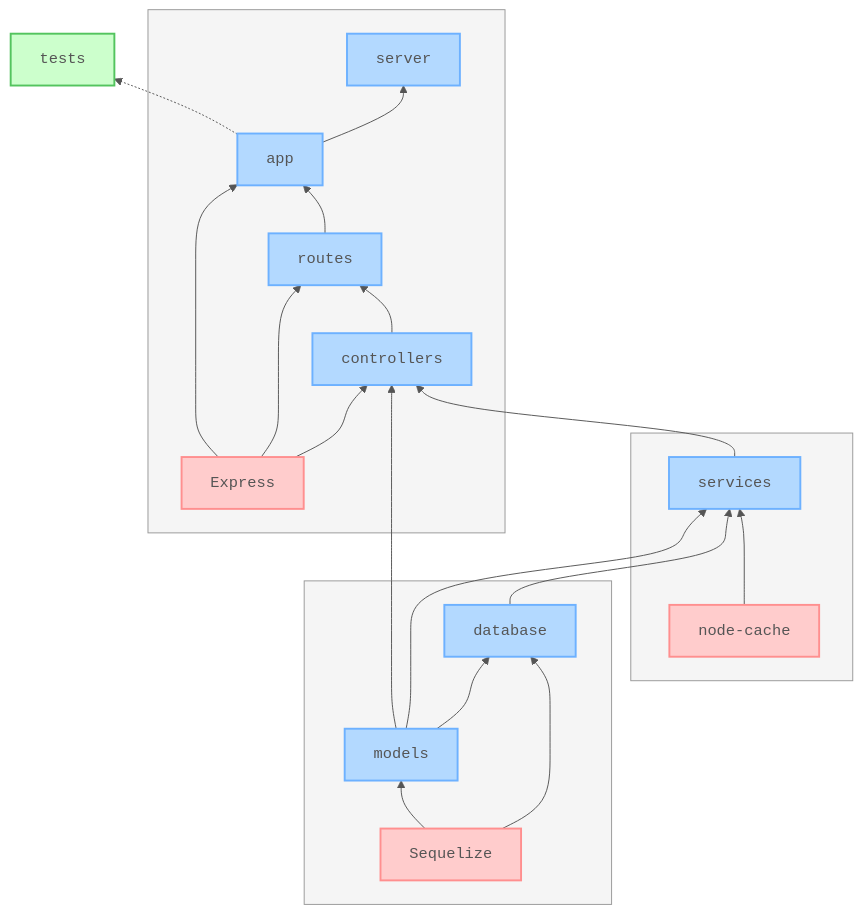
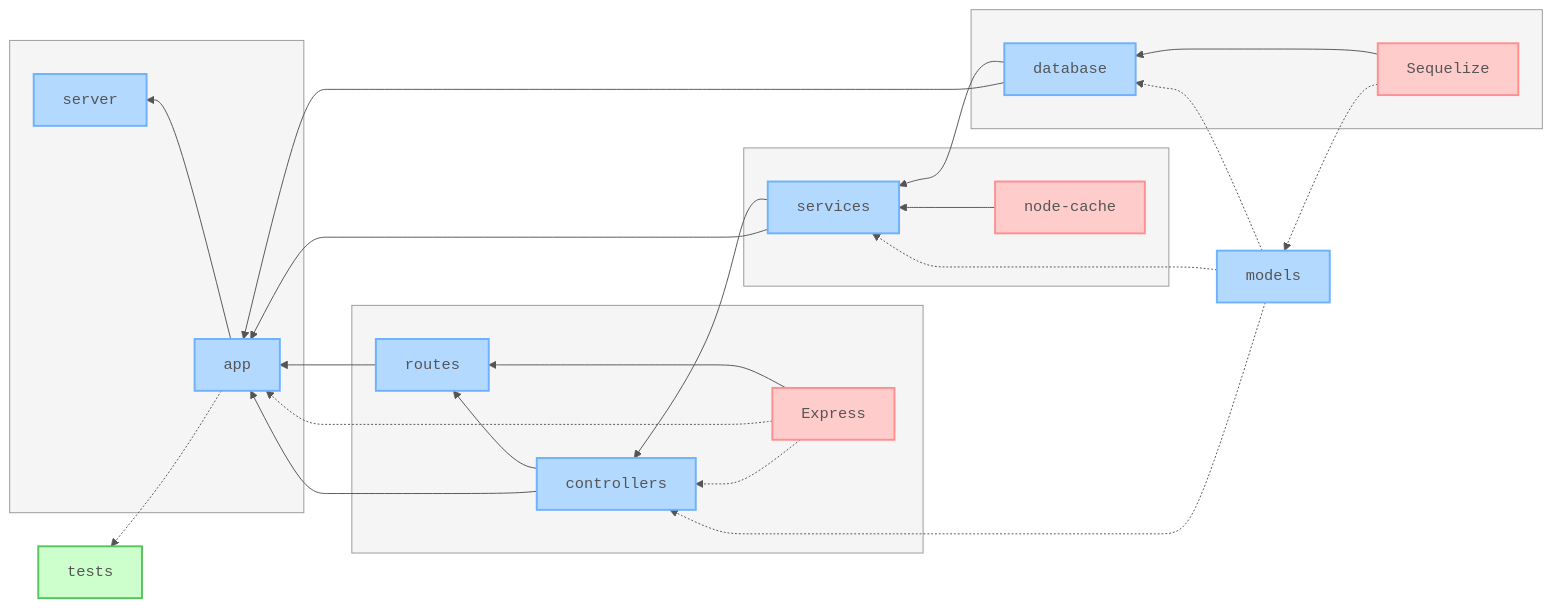
The diagram in README.md (nanotaboada/ts-node-samples-express-restful), drawn with Mermaid before and after one commit. The commit also changed other lines of this file, not shown here.

Commit message:
docs(readme): update architecture diagram and add explanatory text
Corrects soft dependencies to strong on composition root convergence,
and adds Arrow Semantics, Composition Root Pattern, Layered Architecture,
and Color Coding explanations below the diagram.

````diff
--- a/README.md
+++ b/README.md
@@ -87,66 +87,75 @@
 ```mermaid
 %%{init: {
   "theme": "default",
   "themeVariables": {
     "fontFamily": "Fira Code, Consolas, monospace",
     "textColor": "#555",
     "lineColor": "#555",
     "lineWidth": 2,
     "clusterBkg": "#f5f5f5",
     "clusterBorder": "#999"
   }
 }}%%
-graph BT
-    subgraph API[" "]
+
+graph RL
+
+    tests[tests]
+
+    subgraph Layer 1[" "]
         server[server]
         app[app]
+    end
+
+    subgraph Layer 2[" "]
         routes[routes]
         controllers[controllers]
         Express[Express]
     end
 
-    subgraph Business[" "]
+    subgraph Layer 3[" "]
         services[services]
         nodeCache[node-cache]
     end
 
-    subgraph Data[" "]
+    subgraph Layer 4[" "]
         database[database]
-        models[models]
         Sequelize[Sequelize]
     end
 
-    %% Tests (outside layers)
-    tests[tests]
+    models[models]
 
-    %% Detailed connections within layers
+    %% Dependencies
+
+    app --> server
+    routes --> app
+    controllers --> routes
+    services --> controllers
     database --> services
-    models --> database
-    models --> services
-    models --> controllers
 
-    services --> controllers
-    controllers --> routes
-    routes --> app
-    app --> server
+    Express --> routes
+    nodeCache --> services
+    Sequelize --> database
 
-    %% External Dependencies
-    Sequelize --> database
-    Sequelize --> models
-    nodeCache --> services
-    Express --> controllers
-    Express --> routes
-    Express --> app
+    Express -.-> app
+    Express -.-> controllers
+    Sequelize -.-> models
 
-    %% Tests connection
     app -.-> tests
+
+    models -.-> database
+    models -.-> services
+    models -.-> controllers
+
+    controllers --> app
+    services --> app
+    database --> app
 
     %% Styling
     classDef core fill:#b3d9ff,stroke:#6db1ff,stroke-width:2px,color:#555,font-family:monospace;
     classDef deps fill:#ffcccc,stroke:#ff8f8f,stroke-width:2px,color:#555,font-family:monospace;
     classDef test fill:#ccffcc,stroke:#53c45e,stroke-width:2px,color:#555,font-family:monospace;
 
     class server,app,routes,controllers,services,database,models core
     class Express,Sequelize,nodeCache deps
     class tests test
 ```
````
